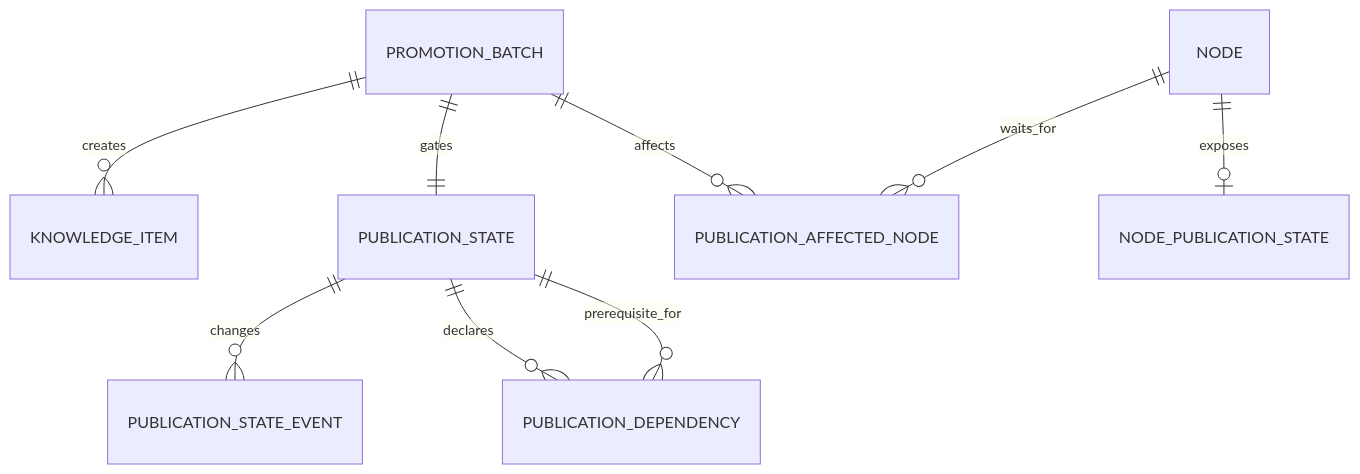
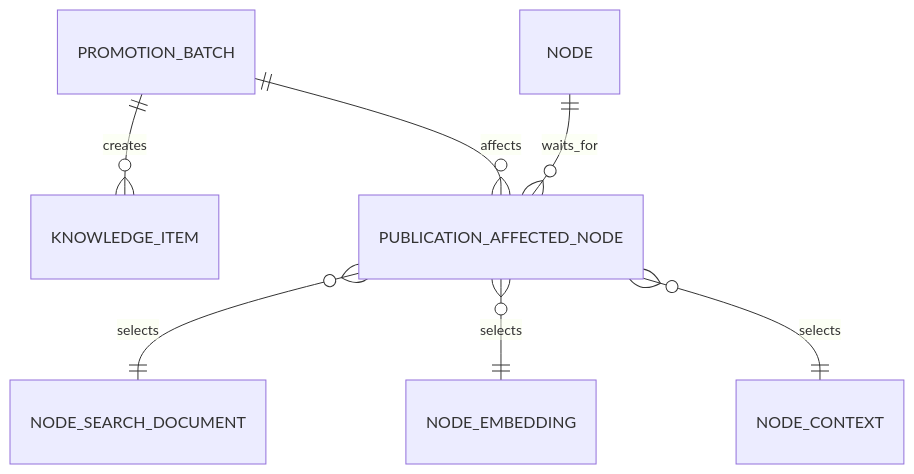
Before and after one commit to studylida/ontology-map: the eighth of 9 diagrams in logical-data-schema.md, drawn with Mermaid. The commit also changed other lines of this file, not shown here.

Commit message:
docs: define publication search artifacts

````diff
--- a/logical-data-schema.md
+++ b/logical-data-schema.md
@@ -213,11 +213,9 @@
 ```mermaid
 erDiagram
     PROMOTION_BATCH ||--o{ KNOWLEDGE_ITEM : creates
-    PROMOTION_BATCH ||--|| PUBLICATION_STATE : gates
     PROMOTION_BATCH ||--o{ PUBLICATION_AFFECTED_NODE : affects
     NODE ||--o{ PUBLICATION_AFFECTED_NODE : waits_for
-    PUBLICATION_STATE ||--o{ PUBLICATION_STATE_EVENT : changes
-    PUBLICATION_STATE ||--o{ PUBLICATION_DEPENDENCY : declares
-    PUBLICATION_STATE ||--o{ PUBLICATION_DEPENDENCY : prerequisite_for
-    NODE ||--o| NODE_PUBLICATION_STATE : exposes
+    PUBLICATION_AFFECTED_NODE }o--|| NODE_SEARCH_DOCUMENT : selects
+    PUBLICATION_AFFECTED_NODE }o--|| NODE_EMBEDDING : selects
+    PUBLICATION_AFFECTED_NODE }o--|| NODE_CONTEXT : selects
 ```
````
